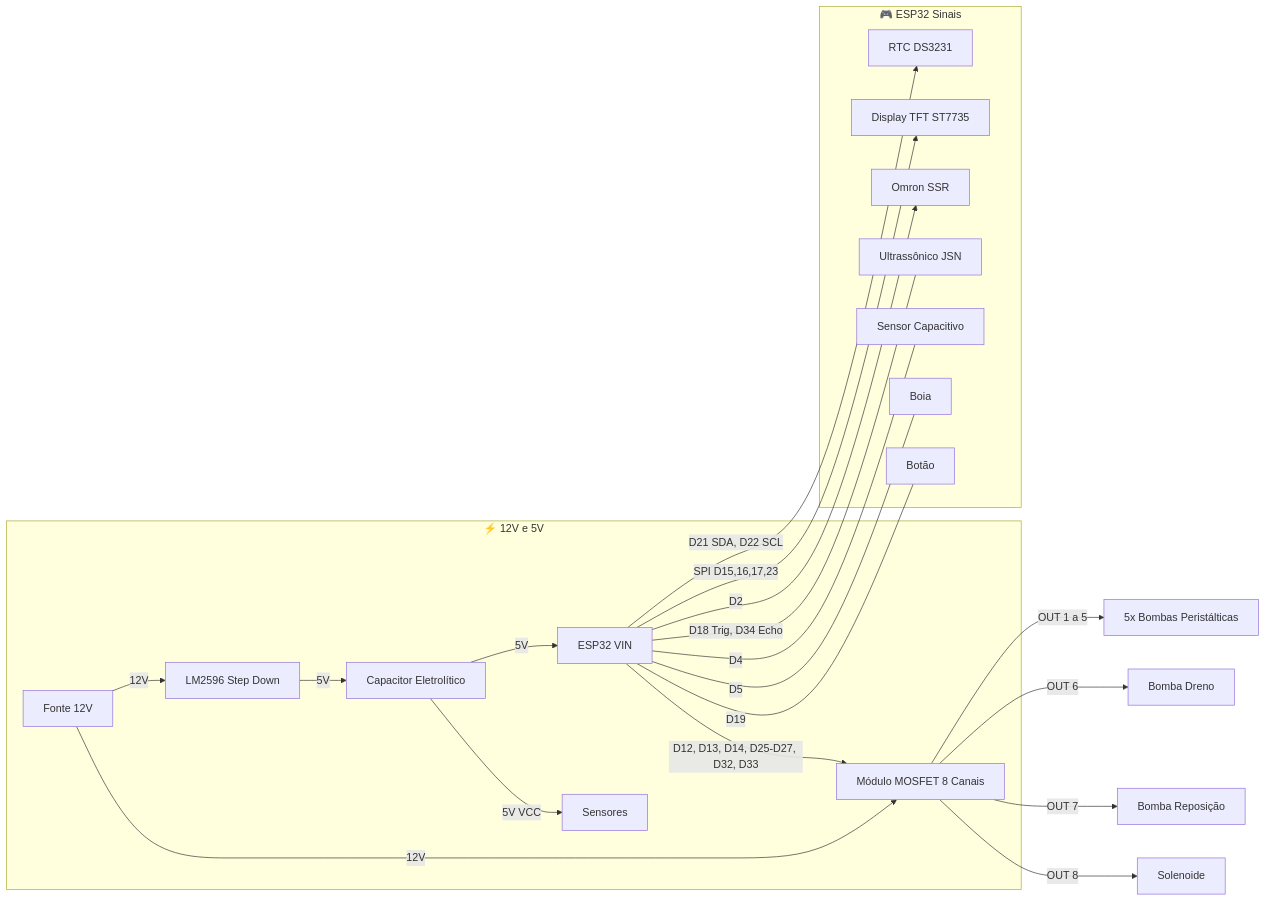
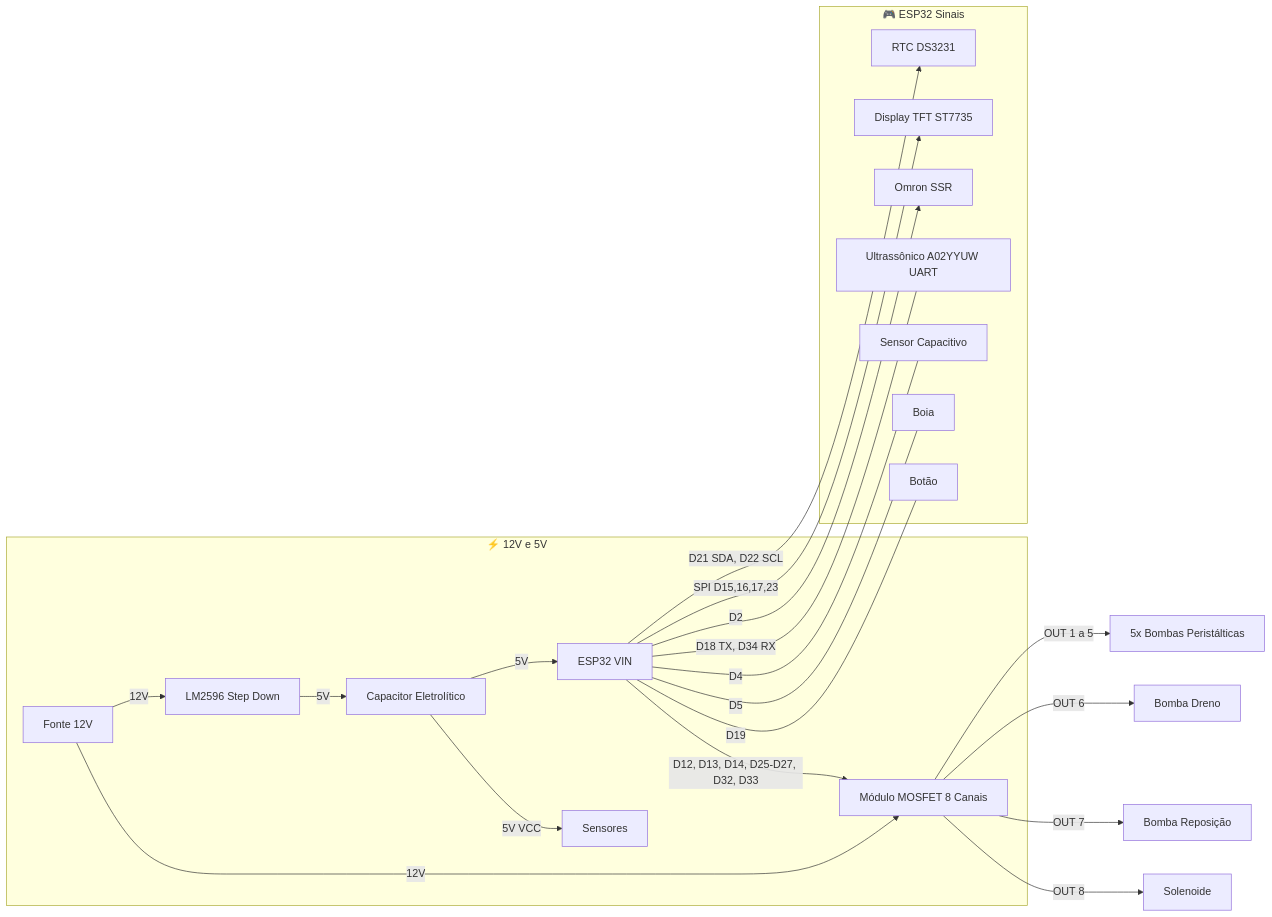
One commit to PhilipeGatis/IARA changed the second of 2 diagrams in README.pt-BR.md. Above: the diagram before and after it, drawn with Mermaid. The commit also changed other lines of this file and 3 other files, not shown here.

Commit message:
docs(sensor): update documentation and float sensor logic for A02YYUW UART sensor

````diff
--- a/README.pt-BR.md
+++ b/README.pt-BR.md
@@ -112,26 +112,26 @@
 ```mermaid
 graph LR
   subgraph Alimentacao [⚡ 12V e 5V]
     PSU[Fonte 12V] -->|12V| MOSFET[Módulo MOSFET 8 Canais]
     PSU -->|12V| LM2596[LM2596 Step Down]
     LM2596 -->|5V| Cap[Capacitor Eletrolítico]
     Cap -->|5V| ESP32[ESP32 VIN]
     Cap -->|5V VCC| SENS[Sensores]
   end
 
   subgraph Sinais [🎮 ESP32 Sinais]
     ESP32 -->|D21 SDA, D22 SCL| I2C[RTC DS3231]
     ESP32 -->|SPI D15,16,17,23| TFT[Display TFT ST7735]
     ESP32 -->|D12, D13, D14, D25-D27, D32, D33| MOSFET
     ESP32 -->|D2| SSR[Omron SSR]
-    ESP32 ---|D18 Trig, D34 Echo| Ultra[Ultrassônico JSN]
+    ESP32 ---|D18 TX, D34 RX| Ultra[Ultrassônico A02YYUW UART]
     ESP32 ---|D4| Water[Sensor Capacitivo]
     ESP32 ---|D5| Float[Boia]
     ESP32 ---|D19| Button[Botão]
   end
 
   MOSFET -->|OUT 1 a 5| Peristalticas[5x Bombas Peristálticas]
   MOSFET -->|OUT 6| Diaphragm[Bomba Dreno]
   MOSFET -->|OUT 7| WaterPump[Bomba Reposição]
   MOSFET -->|OUT 8| Solenoid[Solenoide]
 ```
````
